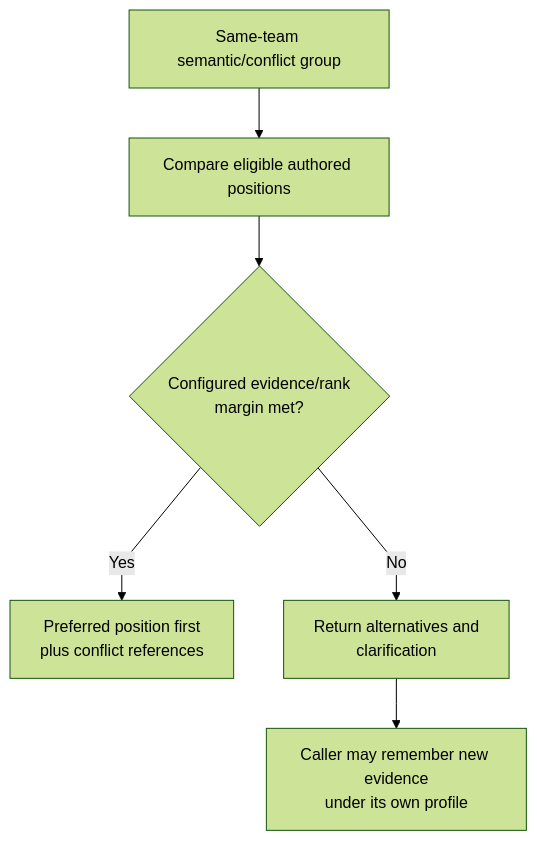
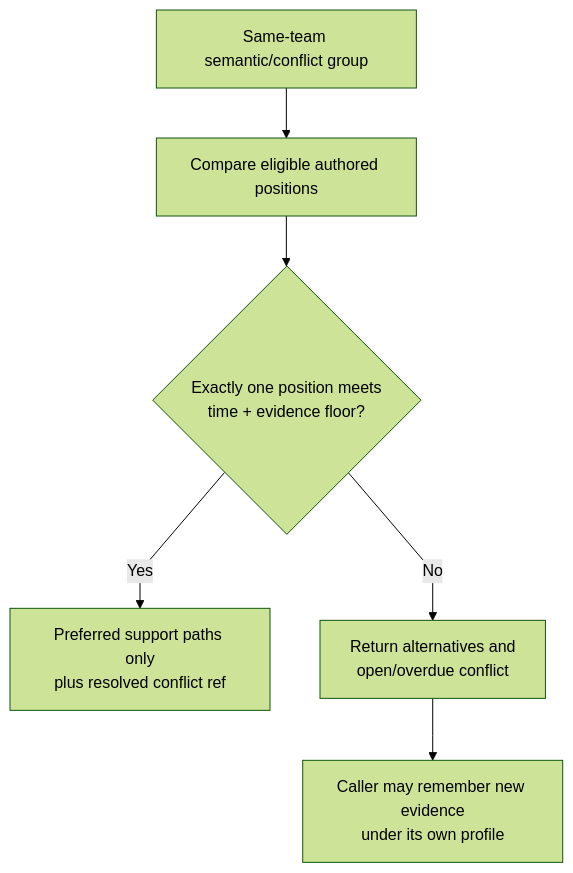
Before and after one commit to markhuangai/dense-mem: the second of 2 diagrams in Vector-Search-And-Ranking.md, drawn with Mermaid (forest theme). The commit also changed other lines of this file and 22 other files, not shown here.

````diff
--- a/Vector-Search-And-Ranking.md
+++ b/Vector-Search-And-Ranking.md
@@ -269,9 +274,9 @@
 ```mermaid
 %%{init: {"flowchart": {"curve": "linear"}}}%%
 flowchart TD
   Group["Same-team semantic/conflict group"] --> Evidence["Compare eligible authored positions"]
-  Evidence --> Margin{"Configured evidence/rank<br/>margin met?"}
-  Margin -- Yes --> Preferred["Preferred position first<br/>plus conflict references"]
-  Margin -- No --> Clarify["Return alternatives and<br/>clarification"]
+  Evidence --> Margin{"Exactly one position meets<br/>time + evidence floor?"}
+  Margin -- Yes --> Preferred["Preferred support paths only<br/>plus resolved conflict ref"]
+  Margin -- No --> Clarify["Return alternatives and<br/>open/overdue conflict"]
   Clarify --> NewEvidence["Caller may remember new evidence<br/>under its own profile"]
 ```
````
